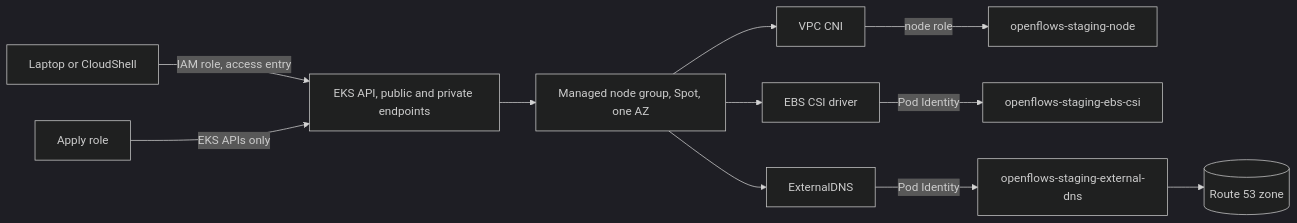
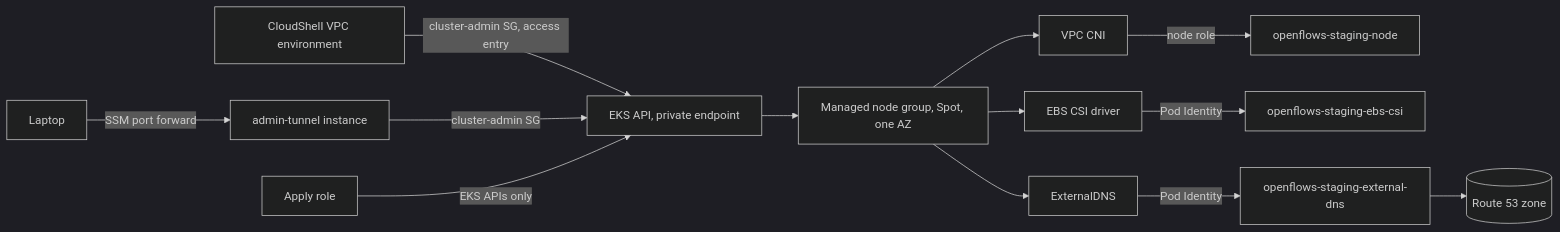
One commit to The-AgenticFlow/Openflows-Infra changed the third of 7 diagrams in docs/ARCHITECTURE-aws.md. Above: the diagram before and after it, drawn with Mermaid (dark theme). The commit also changed other lines of this file and 2 other files, not shown here.

First line of the commit message:
fix(eks): keep the cluster api private after the org refused the public endpoint (#88)

````diff
--- a/docs/ARCHITECTURE-aws.md
+++ b/docs/ARCHITECTURE-aws.md
@@ -75,13 +75,15 @@
 ```mermaid
 flowchart LR
-    LAP["Laptop or CloudShell"] -->|"IAM role, access entry"| API["EKS API, public and private endpoints"]
+    CS["CloudShell VPC environment"] -->|"cluster-admin SG, access entry"| API["EKS API, private endpoint"]
+    LAP["Laptop"] -->|"SSM port forward"| TUN["admin-tunnel instance"]
+    TUN -->|"cluster-admin SG"| API
     TF["Apply role"] -->|"EKS APIs only"| API
     API --> NG["Managed node group, Spot, one AZ"]
     NG --> CNI["VPC CNI"]
     CNI -->|node role| NR["openflows-staging-node"]
     NG --> EBS["EBS CSI driver"]
     NG --> DNS["ExternalDNS"]
     EBS -->|Pod Identity| EBSR["openflows-staging-ebs-csi"]
     DNS -->|Pod Identity| DNSR["openflows-staging-external-dns"]
     DNSR --> ZONE[("Route 53 zone")]
 ```
````
